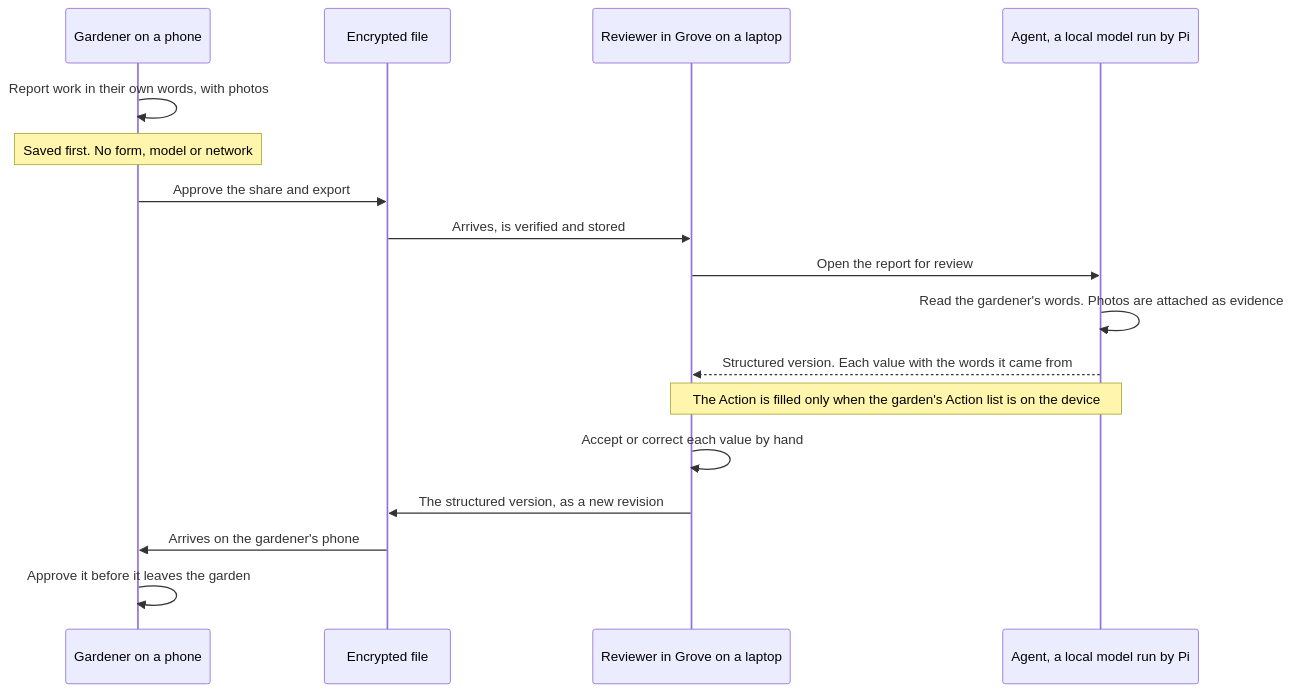
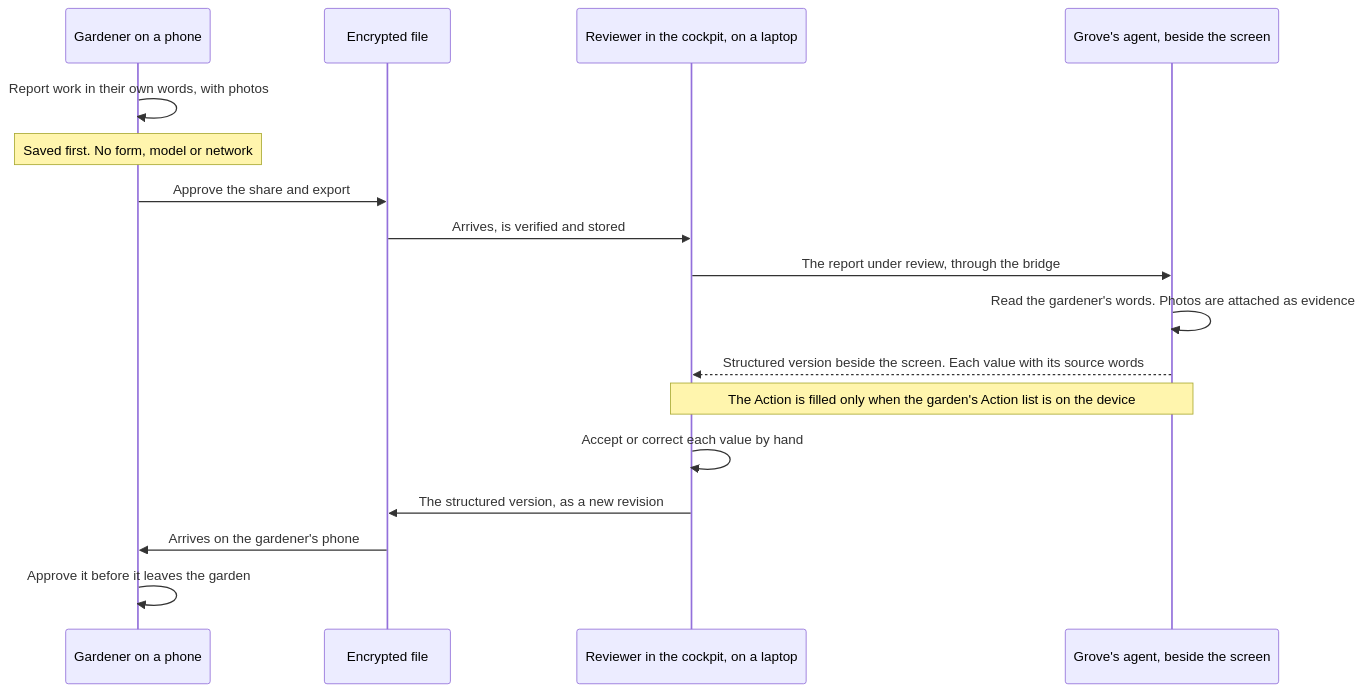
One commit to greenpill-dev-guild/green-goods changed the fourth of 18 diagrams in .plans/ideas/grove/architecture-flows.md. Above: the diagram before and after it, drawn with Mermaid. The commit also changed other lines of this file and 10 other files, not shown here.

````diff
--- a/.plans/ideas/grove/architecture-flows.md
+++ b/.plans/ideas/grove/architecture-flows.md
@@ -100,19 +100,19 @@
 ```mermaid
 sequenceDiagram
   participant G as Gardener on a phone
   participant F as Encrypted file
-  participant R as Reviewer in Grove on a laptop
-  participant A as Agent, a local model run by Pi
+  participant R as Reviewer in the cockpit, on a laptop
+  participant A as Grove's agent, beside the screen
   G->>G: Report work in their own words, with photos
   Note over G: Saved first. No form, model or network
   G->>F: Approve the share and export
   F->>R: Arrives, is verified and stored
-  R->>A: Open the report for review
+  R->>A: The report under review, through the bridge
   A->>A: Read the gardener's words. Photos are attached as evidence
-  A-->>R: Structured version. Each value with the words it came from
+  A-->>R: Structured version beside the screen. Each value with its source words
   Note over A,R: The Action is filled only when the garden's Action list is on the device
   R->>R: Accept or correct each value by hand
   R->>F: The structured version, as a new revision
   F->>G: Arrives on the gardener's phone
   G->>G: Approve it before it leaves the garden
 ```
````
